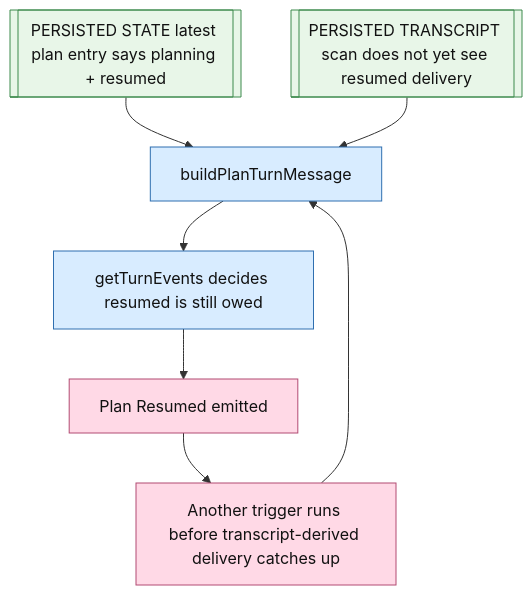
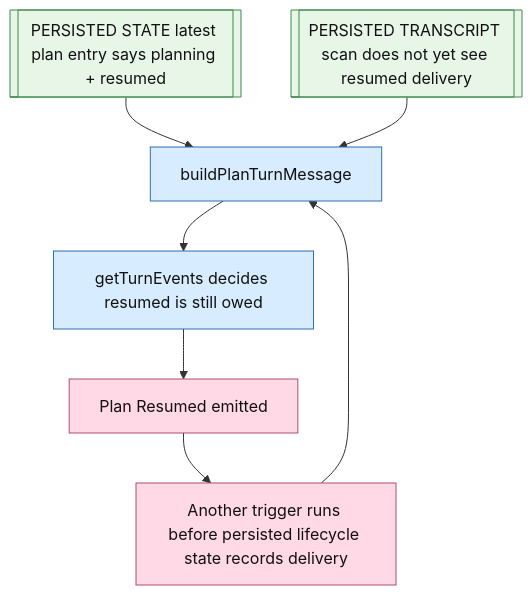
One commit to pyronaur/nplan changed the third of 3 diagrams in docs/mermaid-plan-state-information-architecture.md. Above: the diagram before and after it, drawn with Mermaid.

Commit message:
Clarify plan-resume race wording in architecture doc
- Replace transcript-derived delivery wording in the resume flow with persisted lifecycle-state wording.
- Reflect that delivery state is driven by persisted lifecycle records, avoiding state-control confusion in the visual contract.

````diff
--- a/docs/mermaid-plan-state-information-architecture.md
+++ b/docs/mermaid-plan-state-information-architecture.md
@@ -214,16 +214,16 @@
 ```mermaid
 flowchart TD
     A[[PERSISTED STATE latest plan entry says planning + resumed]] --> C[buildPlanTurnMessage]
     B[[PERSISTED TRANSCRIPT scan does not yet see resumed delivery]] --> C
     C --> D[getTurnEvents decides resumed is still owed]
     D --> E[Plan Resumed emitted]
-    E --> F[Another trigger runs before transcript-derived delivery catches up]
+    E --> F[Another trigger runs before persisted lifecycle state records delivery]
     F --> C
 
     classDef persisted fill:#e8f6e8,stroke:#3d8a4d,color:#111;
     classDef derived fill:#d8ecff,stroke:#2f6fb0,color:#111;
     classDef bad fill:#ffd9e6,stroke:#b24b72,color:#111;
     class A,B persisted;
     class C,D derived;
     class E,F bad;
 ```
````
